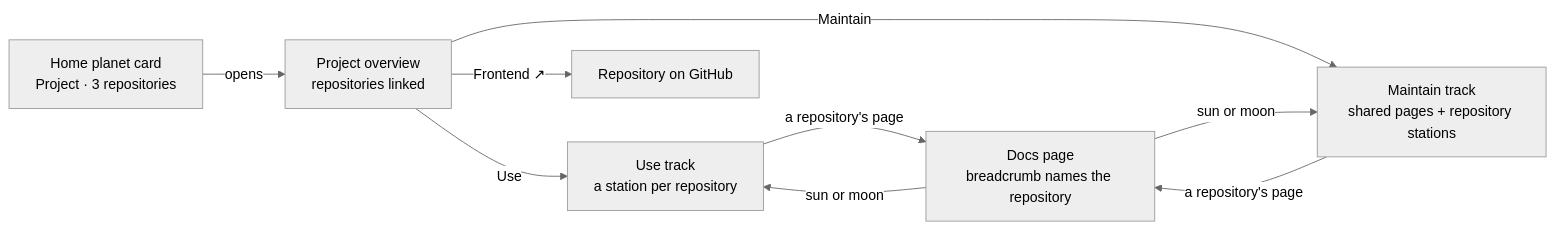
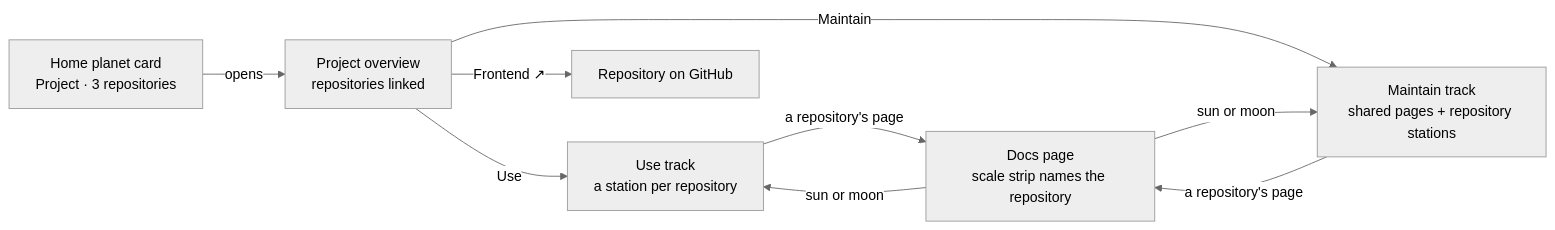
One commit to nepal-dev-com/docs.nepal-dev.com changed the first of 5 diagrams in content/docs/maintain/app-flow/multi-repository-projects.mdx. Above: the diagram before and after it, drawn with Mermaid (neutral theme). The commit also changed other lines of this file and 63 other files, not shown here.

````diff
--- a/content/docs/maintain/app-flow/multi-repository-projects.mdx
+++ b/content/docs/maintain/app-flow/multi-repository-projects.mdx
@@ -32,11 +32,11 @@
 ```mermaid
 flowchart LR
   H["Home planet card<br/>Project · 3 repositories"] -->|opens| O["Project overview<br/>repositories linked"]
   O -->|Use| U["Use track<br/>a station per repository"]
   O -->|Maintain| M["Maintain track<br/>shared pages + repository stations"]
   O -->|Frontend ↗| G["Repository on GitHub"]
-  U -->|a repository's page| P["Docs page<br/>breadcrumb names the repository"]
+  U -->|a repository's page| P["Docs page<br/>scale strip names the repository"]
   M -->|a repository's page| P
   P -->|sun or moon| U
   P -->|sun or moon| M
 ```
````
